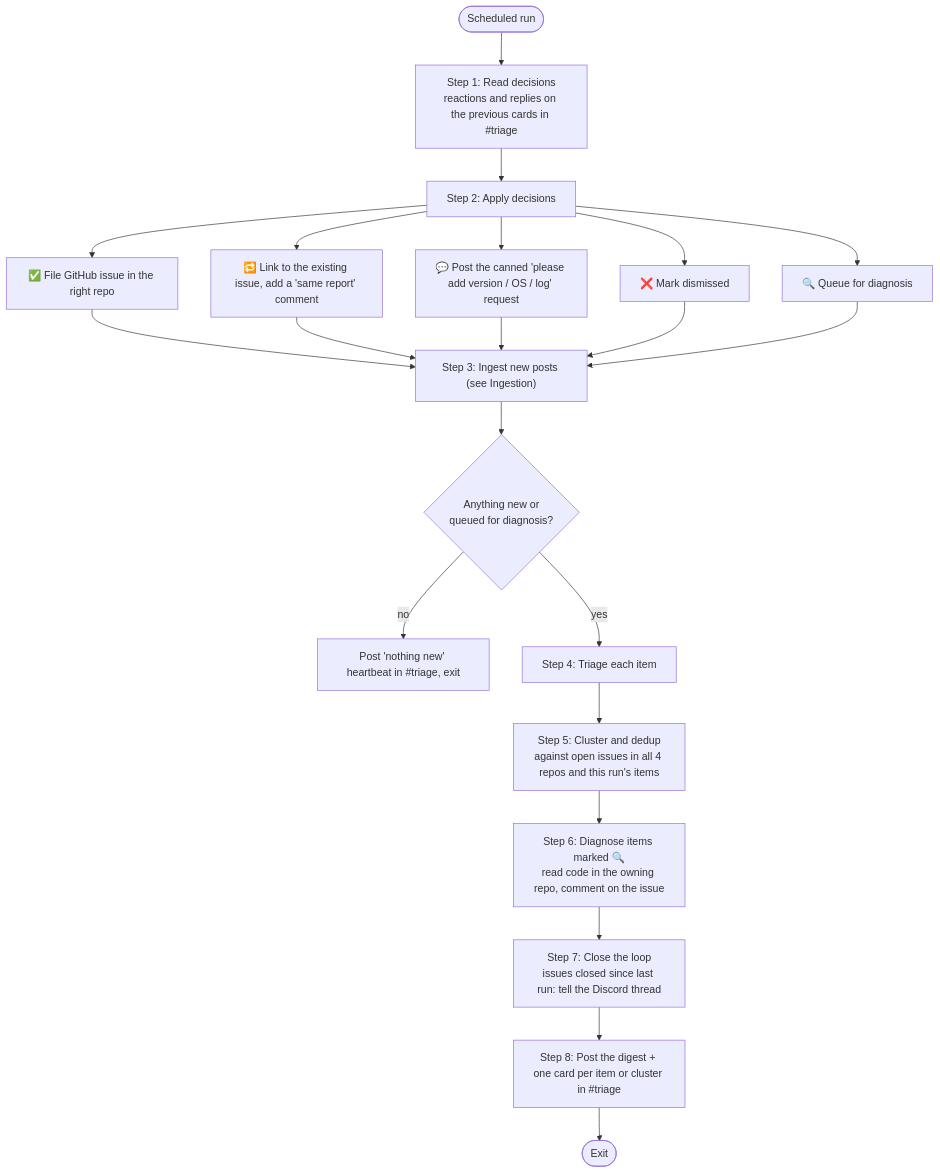
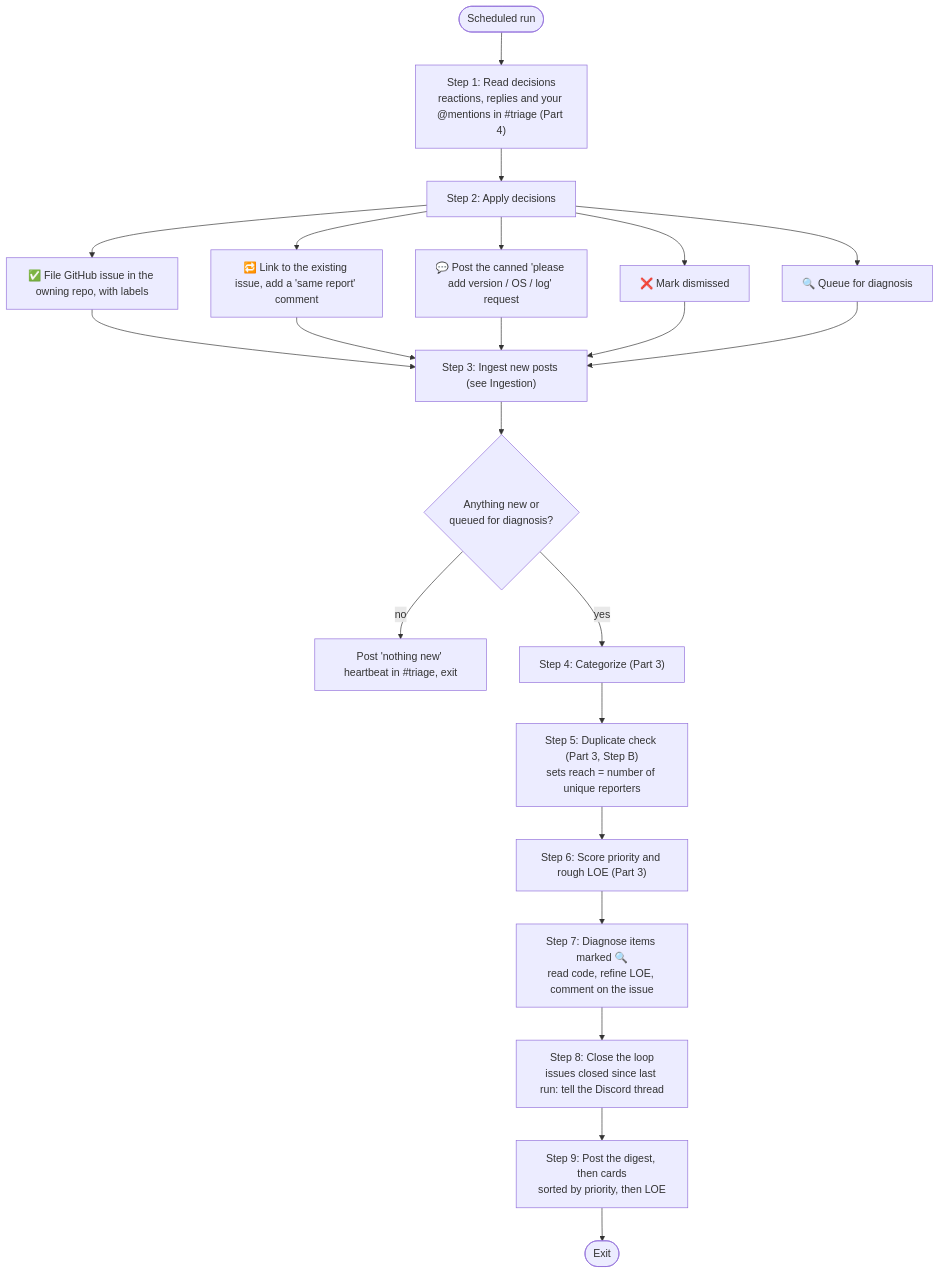
One commit to Slush97/grimoire changed the sixth of 16 diagrams in docs/discord-triage.md. Above: the diagram before and after it, drawn with Mermaid. The commit also changed other lines of this file, not shown here.

First line of the commit message:
docs(triage): simple and detailed diagrams, priority/LOE scoring, dedup, Discord commands

````diff
--- a/docs/discord-triage.md
+++ b/docs/discord-triage.md
@@ -67,19 +136,20 @@
 ```mermaid
 flowchart TD
-    A([Scheduled run]) --> B["Step 1: Read decisions<br/>reactions and replies on the previous cards in #triage"]
+    A([Scheduled run]) --> B["Step 1: Read decisions<br/>reactions, replies and your @mentions in #triage (Part 4)"]
     B --> C["Step 2: Apply decisions"]
-    C --> C1["✅ File GitHub issue in the right repo"]
+    C --> C1["✅ File GitHub issue in the owning repo, with labels"]
     C --> C2["🔁 Link to the existing issue, add a 'same report' comment"]
     C --> C3["💬 Post the canned 'please add version / OS / log' request"]
     C --> C4["❌ Mark dismissed"]
     C --> C5["🔍 Queue for diagnosis"]
     C1 & C2 & C3 & C4 & C5 --> D["Step 3: Ingest new posts (see Ingestion)"]
     D --> E{"Anything new or<br/>queued for diagnosis?"}
     E -- no --> Z1["Post 'nothing new' heartbeat in #triage, exit"]
-    E -- yes --> F["Step 4: Triage each item"]
-    F --> G["Step 5: Cluster and dedup<br/>against open issues in all 4 repos and this run's items"]
-    G --> H["Step 6: Diagnose items marked 🔍<br/>read code in the owning repo, comment on the issue"]
-    H --> I["Step 7: Close the loop<br/>issues closed since last run: tell the Discord thread"]
-    I --> J["Step 8: Post the digest + one card per item or cluster in #triage"]
+    E -- yes --> F["Step 4: Categorize (Part 3)"]
+    F --> G["Step 5: Duplicate check (Part 3, Step B)<br/>sets reach = number of unique reporters"]
+    G --> P["Step 6: Score priority and rough LOE (Part 3)"]
+    P --> H["Step 7: Diagnose items marked 🔍<br/>read code, refine LOE, comment on the issue"]
+    H --> I["Step 8: Close the loop<br/>issues closed since last run: tell the Discord thread"]
+    I --> J["Step 9: Post the digest, then cards<br/>sorted by priority, then LOE"]
     J --> Z2([Exit])
 ```
````
